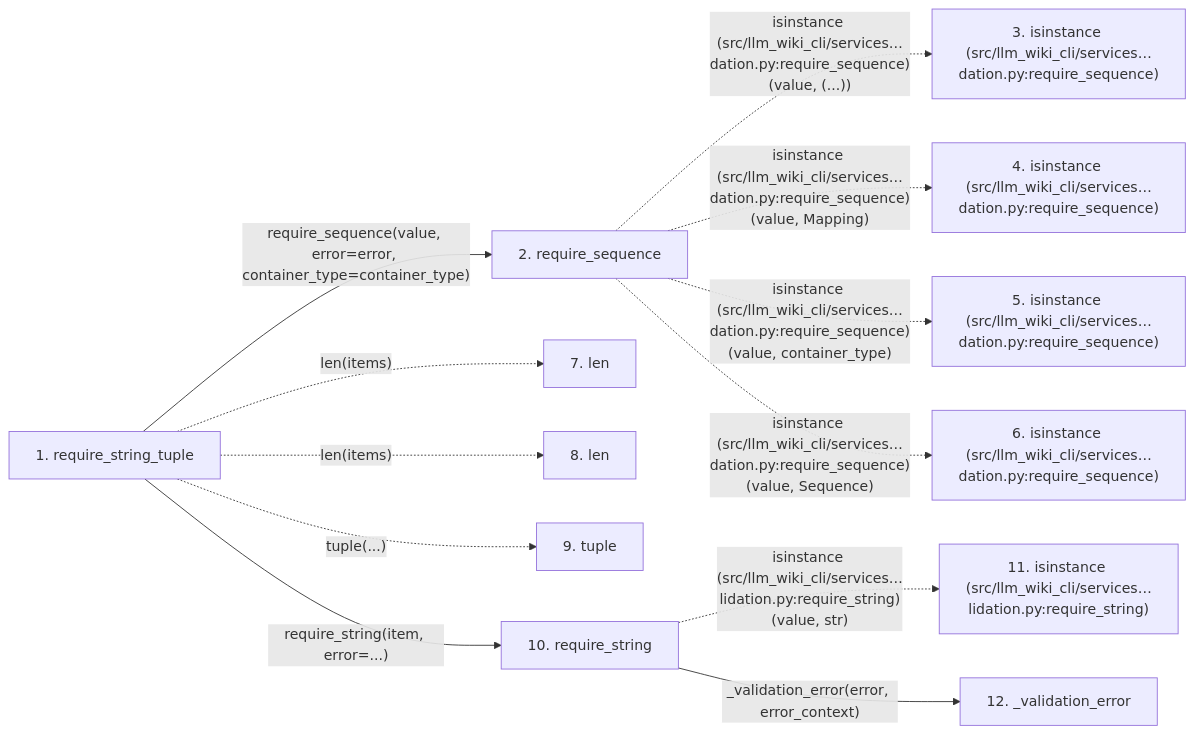
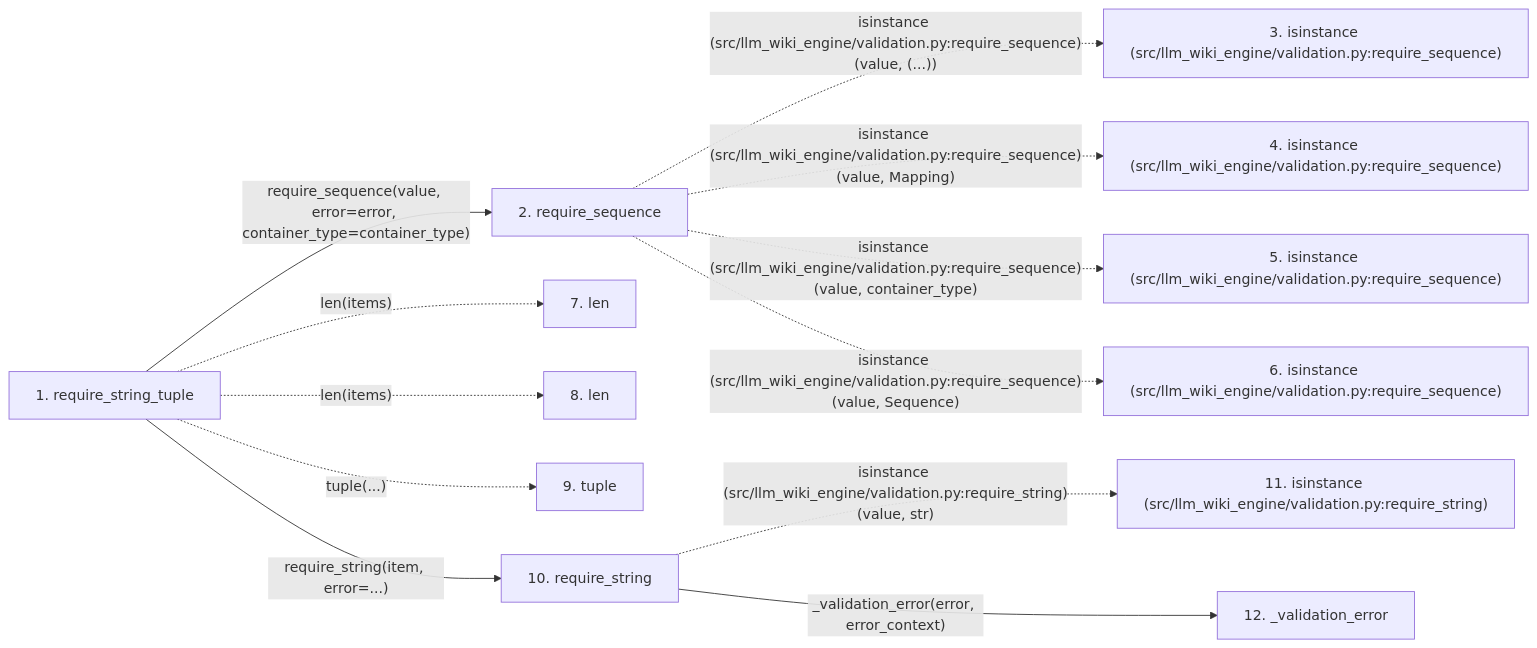
One commit to Denissvgn/python-wiki-llm changed the second of 2 diagrams in docs/llm_wiki/flows/api-require_string_tuple.md. Above: the diagram before and after it, drawn with Mermaid. The commit also changed other lines of this file and 1103 other files, not shown here.

First line of the commit message:
docs: refresh the wiki for the llm-wiki-engine distribution

````diff
--- a/docs/llm_wiki/flows/api-require_string_tuple.md
+++ b/docs/llm_wiki/flows/api-require_string_tuple.md
@@ -62,30 +62,30 @@
 ```mermaid
 flowchart LR
     s1["1. require_string_tuple"]
     s2["2. require_sequence"]
-    s3["3. isinstance (src/llm_wiki_cli/services…dation.py:require_sequence)"]
-    s4["4. isinstance (src/llm_wiki_cli/services…dation.py:require_sequence)"]
-    s5["5. isinstance (src/llm_wiki_cli/services…dation.py:require_sequence)"]
-    s6["6. isinstance (src/llm_wiki_cli/services…dation.py:require_sequence)"]
+    s3["3. isinstance (src/llm_wiki_engine/validation.py:require_sequence)"]
+    s4["4. isinstance (src/llm_wiki_engine/validation.py:require_sequence)"]
+    s5["5. isinstance (src/llm_wiki_engine/validation.py:require_sequence)"]
+    s6["6. isinstance (src/llm_wiki_engine/validation.py:require_sequence)"]
     s7["7. len"]
     s8["8. len"]
     s9["9. tuple"]
     s10["10. require_string"]
-    s11["11. isinstance (src/llm_wiki_cli/services…lidation.py:require_string)"]
+    s11["11. isinstance (src/llm_wiki_engine/validation.py:require_string)"]
     s12["12. _validation_error"]
     s1 -->|"require_sequence(value, error=error, container_type=container_type)"| s2
-    s2 -. "isinstance (src/llm_wiki_cli/services…dation.py:require_sequence)(value, (...))" .-> s3
-    s2 -. "isinstance (src/llm_wiki_cli/services…dation.py:require_sequence)(value, Mapping)" .-> s4
-    s2 -. "isinstance (src/llm_wiki_cli/services…dation.py:require_sequence)(value, container_type)" .-> s5
-    s2 -. "isinstance (src/llm_wiki_cli/services…dation.py:require_sequence)(value, Sequence)" .-> s6
+    s2 -. "isinstance (src/llm_wiki_engine/validation.py:require_sequence)(value, (...))" .-> s3
+    s2 -. "isinstance (src/llm_wiki_engine/validation.py:require_sequence)(value, Mapping)" .-> s4
+    s2 -. "isinstance (src/llm_wiki_engine/validation.py:require_sequence)(value, container_type)" .-> s5
+    s2 -. "isinstance (src/llm_wiki_engine/validation.py:require_sequence)(value, Sequence)" .-> s6
     s1 -. "len(items)" .-> s7
     s1 -. "len(items)" .-> s8
     s1 -. "tuple(...)" .-> s9
     s1 -->|"require_string(item, error=...)"| s10
-    s10 -. "isinstance (src/llm_wiki_cli/services…lidation.py:require_string)(value, str)" .-> s11
+    s10 -. "isinstance (src/llm_wiki_engine/validation.py:require_string)(value, str)" .-> s11
     s10 -->|"_validation_error(error, error_context)"| s12
     click s1 "../modules/validation.md"
     click s2 "../modules/validation.md"
     click s10 "../modules/validation.md"
     click s12 "../modules/validation.md"
 ```
````
